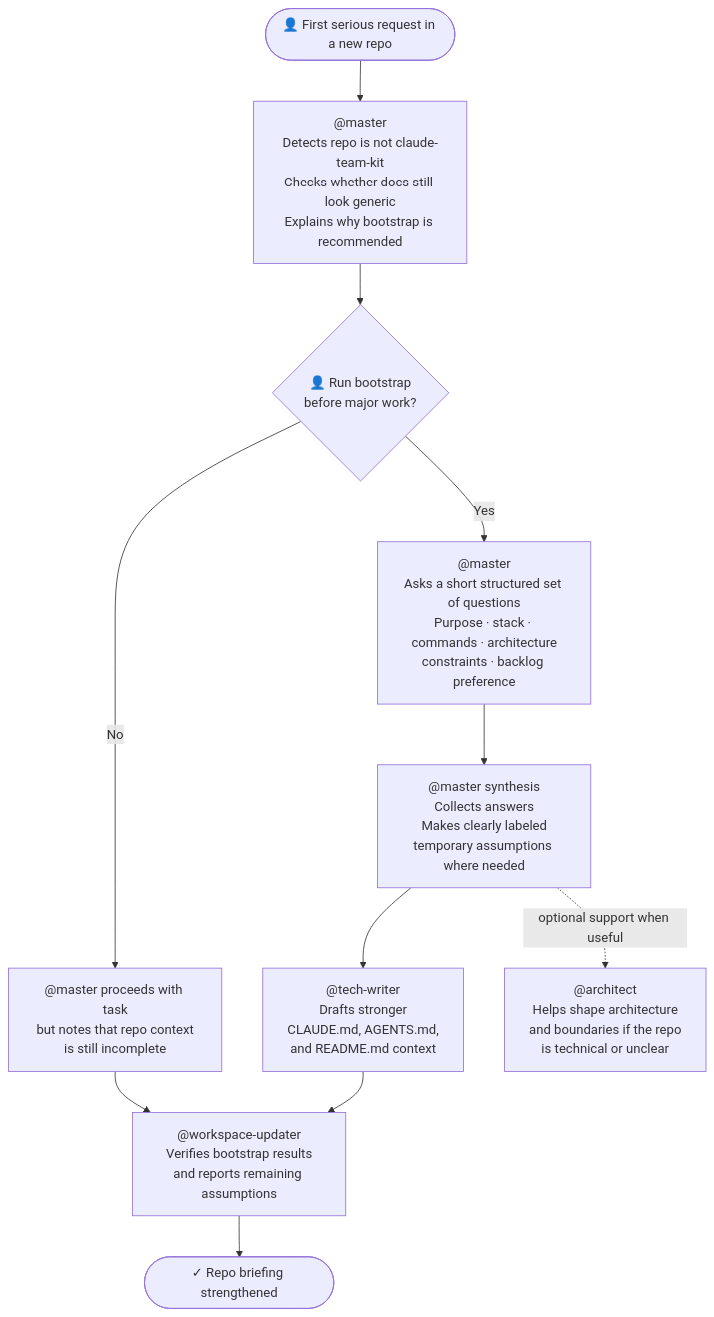
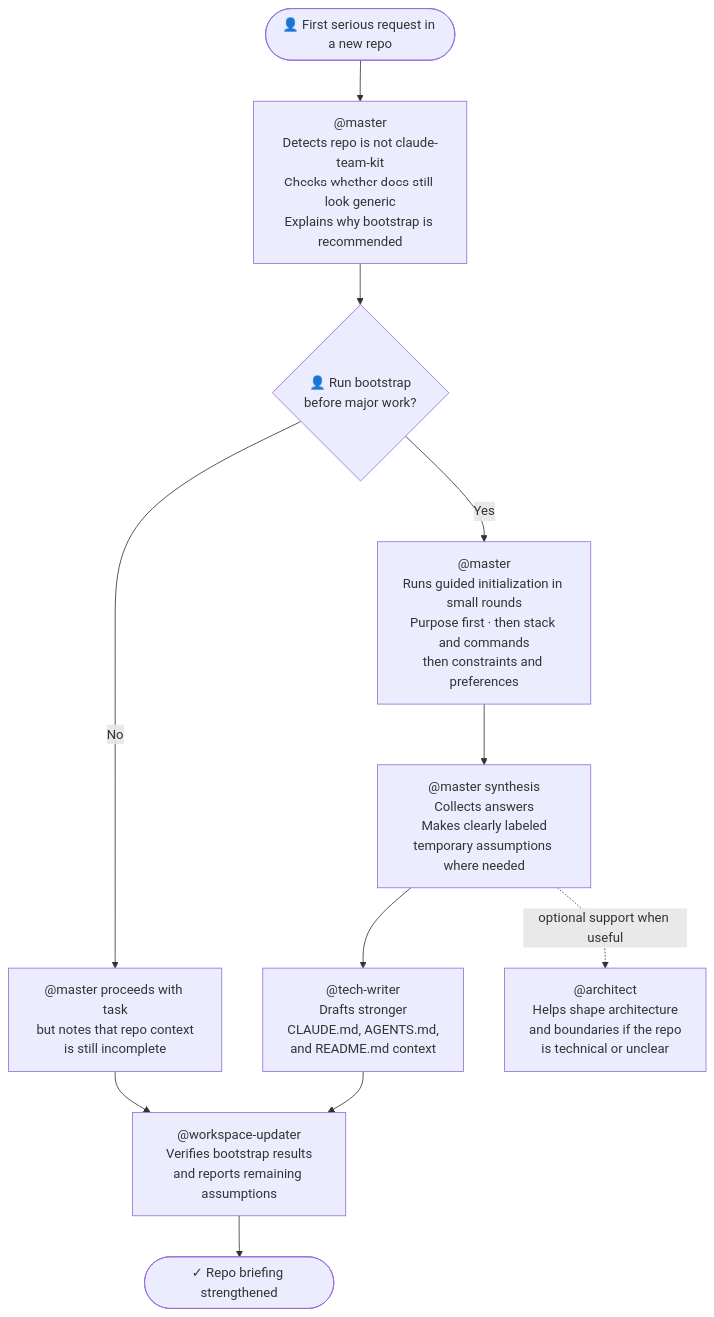
The seventh of 8 diagrams in docs/AGENT_WORKFLOWS.md (Konstantinos-Sakellariou/claude-team-kit), drawn with Mermaid before and after one commit. The commit also changed other lines of this file and 9 other files, not shown here.

Commit message:
feat(workspace): add guided initialization flow

````diff
--- a/docs/AGENT_WORKFLOWS.md
+++ b/docs/AGENT_WORKFLOWS.md
@@ -433,29 +433,29 @@
 ```mermaid
 flowchart TD
     USER(["👤 First serious request in a new repo"])
     USER --> MASTER
 
     MASTER["@master\nDetects repo is not claude-team-kit\nChecks whether docs still look generic\nExplains why bootstrap is recommended"]
 
     MASTER --> APPROVAL{"👤 Run bootstrap\nbefore major work?"}
 
     APPROVAL -->|"No"| CONTINUE["@master proceeds with task\nbut notes that repo context\nis still incomplete"]
     APPROVAL -->|"Yes"| QS
 
-    QS["@master\nAsks a short structured set of questions\nPurpose · stack · commands · architecture\nconstraints · backlog preference"]
+    QS["@master\nRuns guided initialization in small rounds\nPurpose first · then stack and commands\nthen constraints and preferences"]
 
     QS --> INPUT
 
     INPUT["@master synthesis\nCollects answers\nMakes clearly labeled\ntemporary assumptions where needed"]
 
     INPUT --> WRITER
 
     WRITER["@tech-writer\nDrafts stronger\nCLAUDE.md, AGENTS.md,\nand README.md context"]
 
     INPUT -. "optional support when useful" .-> ARCH
     ARCH["@architect\nHelps shape architecture\nand boundaries if the repo\nis technical or unclear"]
 
     WRITER --> WU["@workspace-updater\nVerifies bootstrap results\nand reports remaining assumptions"]
     CONTINUE --> WU
     WU --> DONE(["✓ Repo briefing strengthened"])
 ```
````
